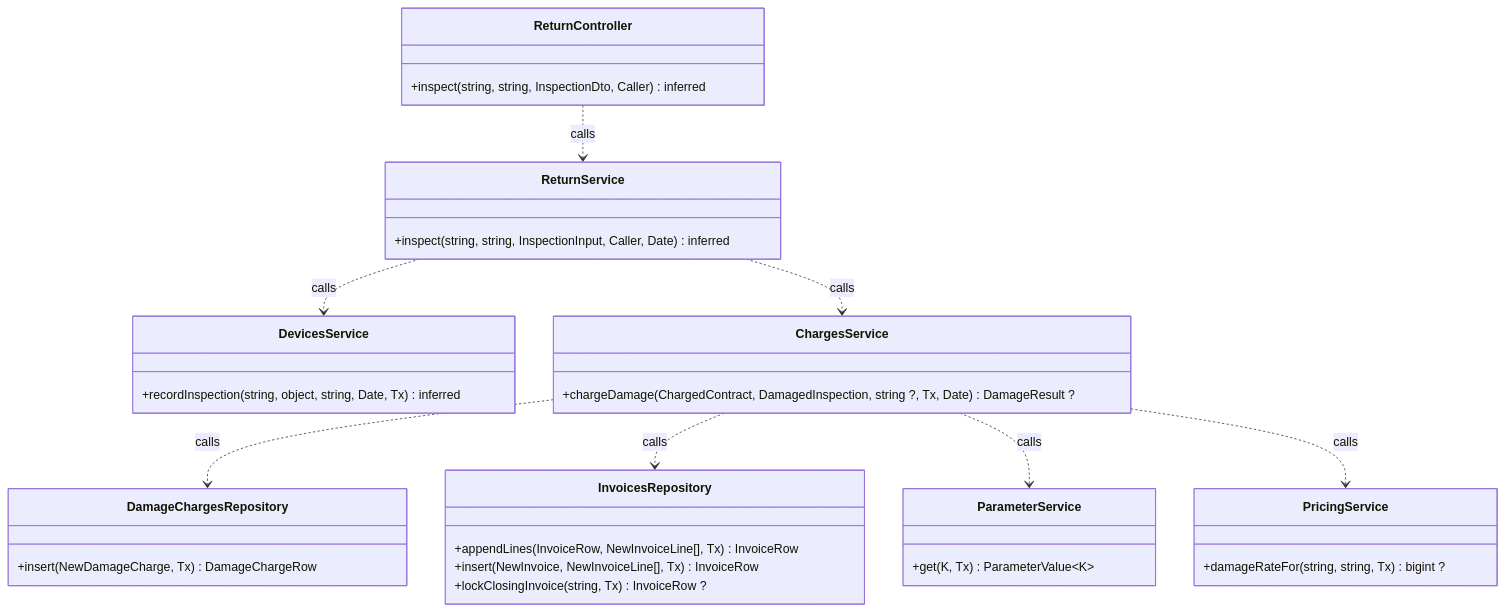
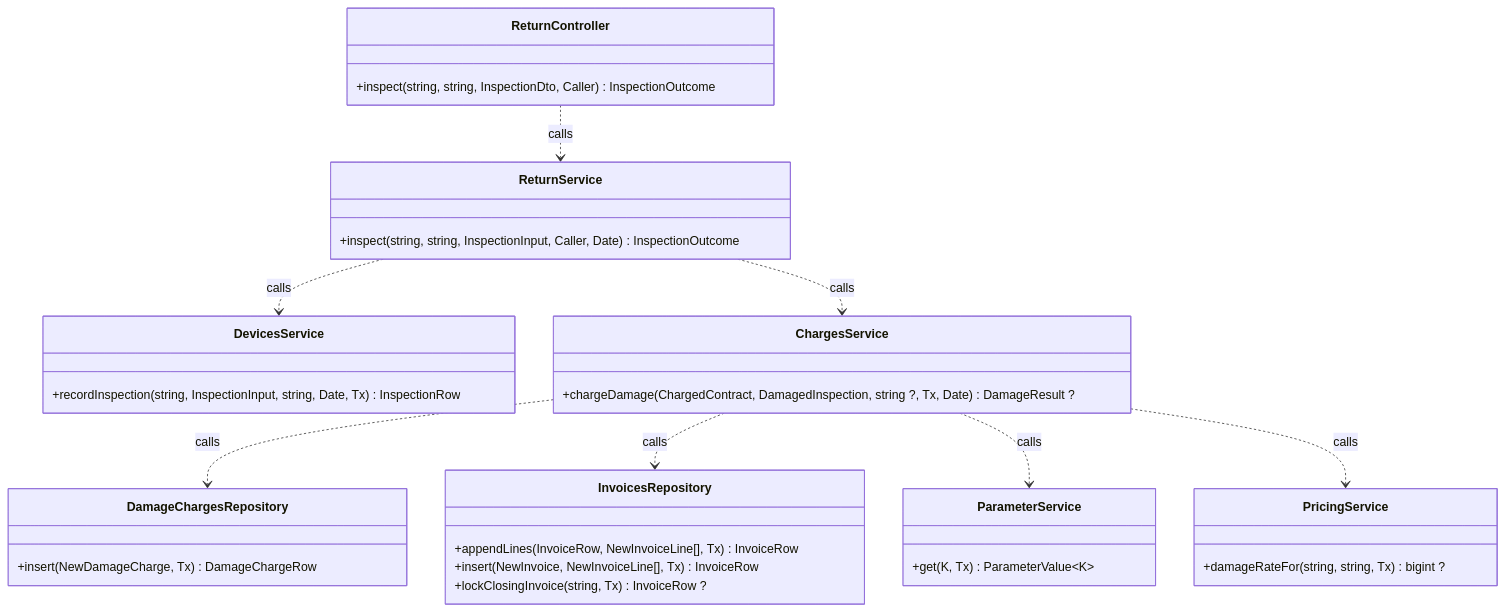
One commit to TrekLink-Team/treklink-web changed the ninth of 17 diagrams in specs/billing/design.md. Above: the diagram before and after it, drawn with Mermaid. The commit also changed other lines of this file and 2 other files, not shown here.

````diff
--- a/specs/billing/design.md
+++ b/specs/billing/design.md
@@ -370,37 +370,37 @@
 ```mermaid
 classDiagram
     direction TB
     class ReturnController {
-        +inspect(string, string, InspectionDto, Caller) inferred
+        +inspect(string, string, InspectionDto, Caller) InspectionOutcome
     }
     class ReturnService {
-        +inspect(string, string, InspectionInput, Caller, Date) inferred
+        +inspect(string, string, InspectionInput, Caller, Date) InspectionOutcome
     }
     class DevicesService {
-        +recordInspection(string, object, string, Date, Tx) inferred
+        +recordInspection(string, InspectionInput, string, Date, Tx) InspectionRow
     }
     class ChargesService {
         +chargeDamage(ChargedContract, DamagedInspection, string ?, Tx, Date) DamageResult ?
     }
     class PricingService {
         +damageRateFor(string, string, Tx) bigint ?
     }
     class ParameterService {
         +get(K, Tx) ParameterValue~K~
     }
     class DamageChargesRepository {
         +insert(NewDamageCharge, Tx) DamageChargeRow
     }
     class InvoicesRepository {
         +appendLines(InvoiceRow, NewInvoiceLine[], Tx) InvoiceRow
         +insert(NewInvoice, NewInvoiceLine[], Tx) InvoiceRow
         +lockClosingInvoice(string, Tx) InvoiceRow ?
     }
     ChargesService ..> DamageChargesRepository : calls
     ChargesService ..> InvoicesRepository : calls
     ChargesService ..> ParameterService : calls
     ChargesService ..> PricingService : calls
     ReturnController ..> ReturnService : calls
     ReturnService ..> ChargesService : calls
     ReturnService ..> DevicesService : calls
 ```
````
